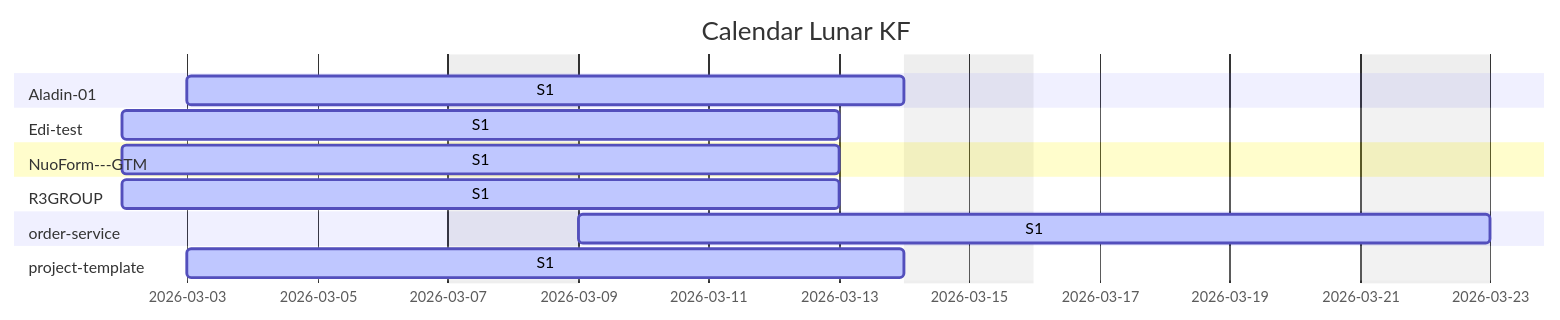
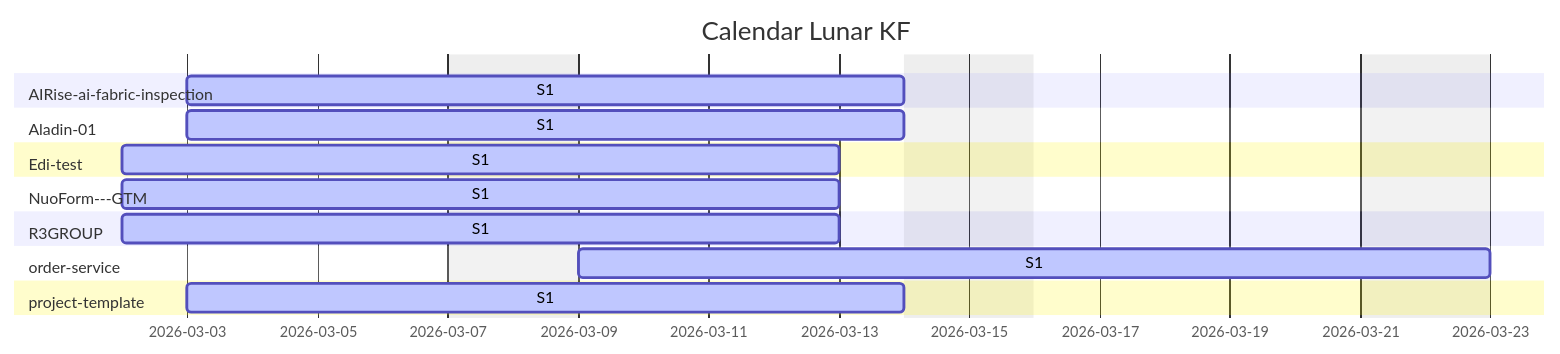
Before and after one commit to Katty-Fashion/kf-cpto: the second of 2 diagrams in docs/unified-calendar.md, drawn with Mermaid. The commit also changed other lines of this file and 9 other files, not shown here.

````diff
--- a/docs/unified-calendar.md
+++ b/docs/unified-calendar.md
@@ -22,19 +22,21 @@
 ```mermaid
 gantt
     title Calendar Lunar KF
     dateFormat YYYY-MM-DD
     excludes weekends
 
+    section AIRise-ai-fabric-inspection
+    S1 :active, 2026-03-03, 2026-03-14
     section Aladin-01
     S1 :active, 2026-03-03, 2026-03-14
     section Edi-test
     S1 :active, 2026-03-02, 2026-03-13
     section NuoForm---GTM
     S1 :active, 2026-03-02, 2026-03-13
     section R3GROUP
     S1 :active, 2026-03-02, 2026-03-13
     section order-service
     S1 :active, 2026-03-09, 2026-03-23
     section project-template
     S1 :active, 2026-03-03, 2026-03-14
 ```
````
